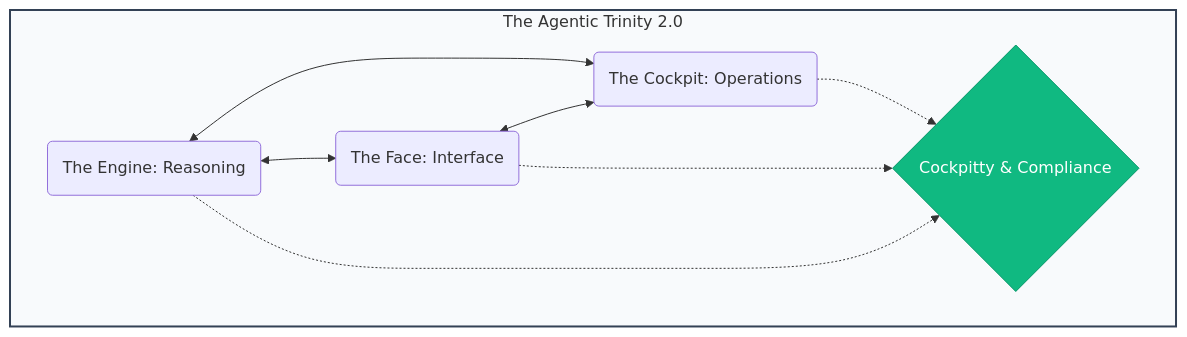
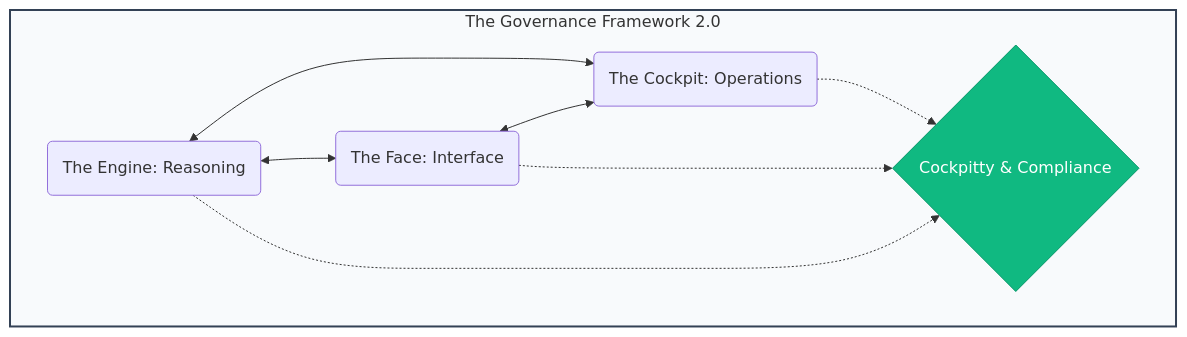
Before and after one commit to enriquekalven/agent-cockpit: the diagram in README.md, drawn with Mermaid. The commit also changed other lines of this file and 19 other files, not shown here.

````diff
--- a/README.md
+++ b/README.md
@@ -72,17 +72,17 @@
 ```mermaid
 graph TD
-   subgraph Trinity [The Agentic Trinity 2.0]
+   subgraph Trinity [The Governance Framework 2.0]
        E(The Engine: Reasoning)
        F(The Face: Interface)
        C(The Cockpit: Operations)
        S{Cockpitty & Compliance}
    end
    E <--> C
    F <--> C
    E <--> F
    E -.-> S
    F -.-> S
    C -.-> S
    style Trinity fill:#f8fafc,stroke:#334155,stroke-width:2px
    style S fill:#10b981,color:#fff,stroke:#059669
 ```
````
